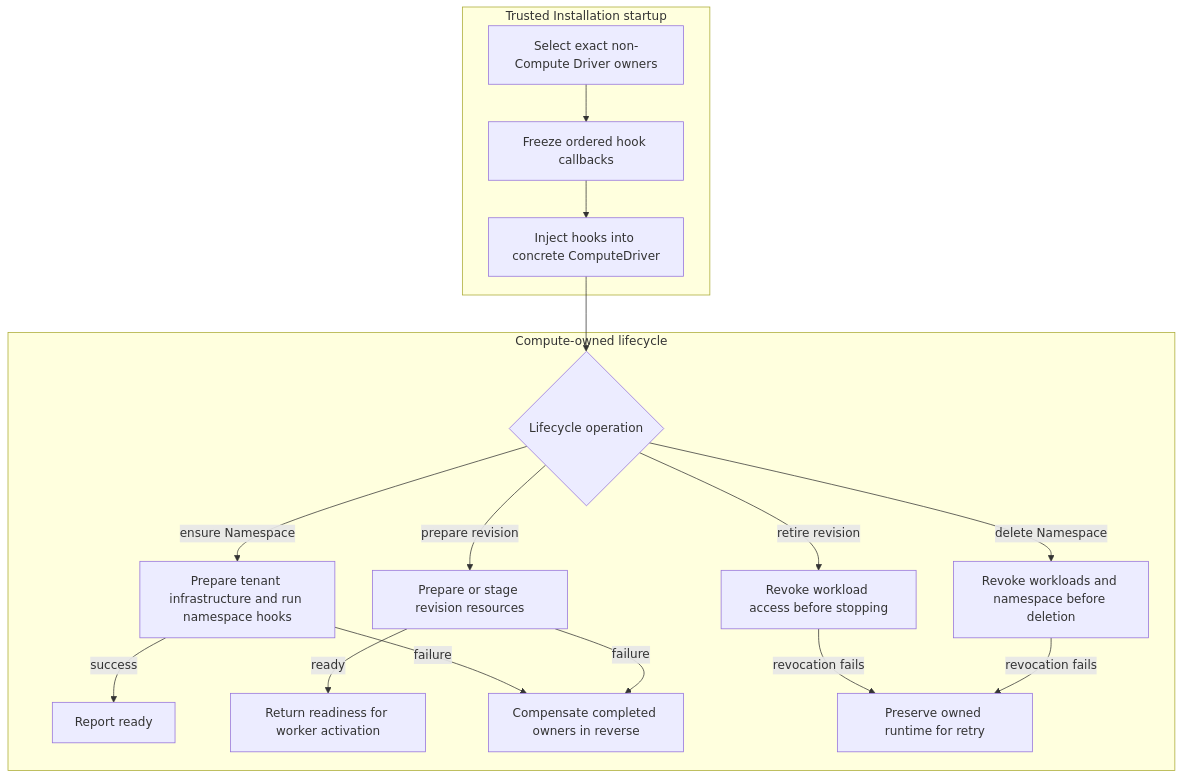
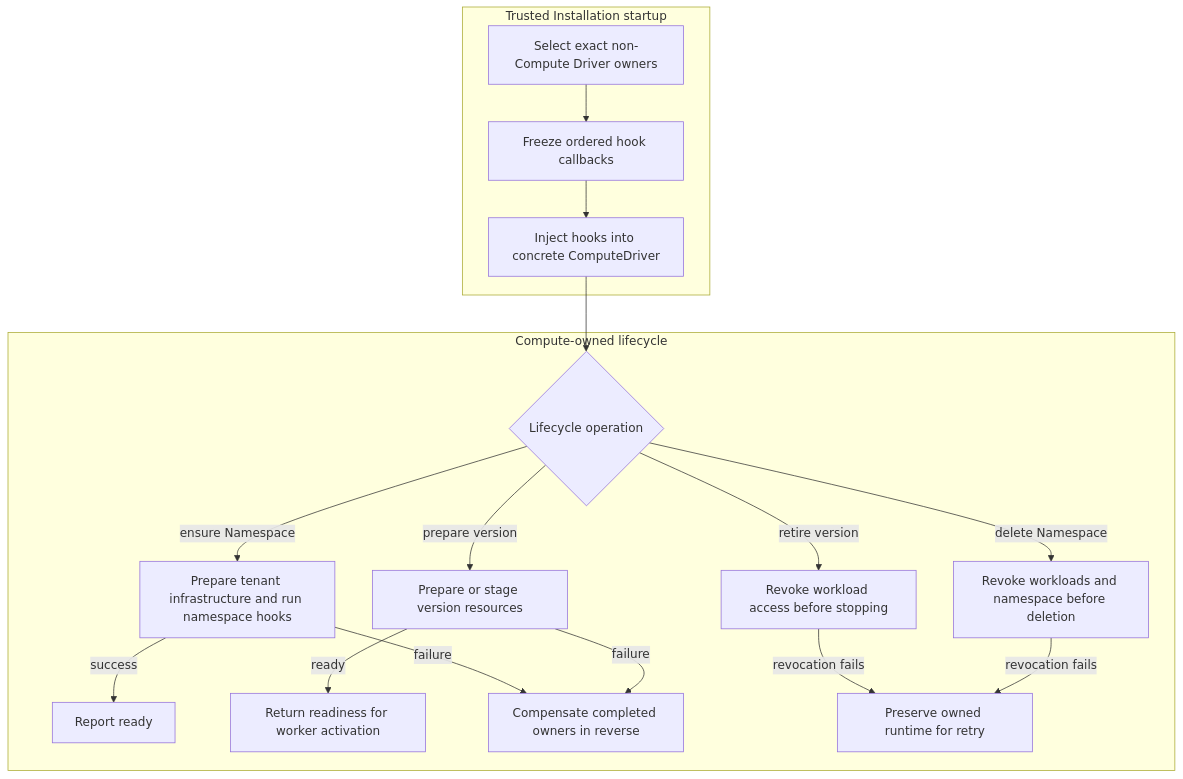
Before and after one commit to openclaw/openclaw-enterprise: the diagram in docs/flows/compute-driver-lifecycle-hooks.md, drawn with Mermaid. The commit also changed other lines of this file and 198 other files, not shown here.

````diff
--- a/docs/flows/compute-driver-lifecycle-hooks.md
+++ b/docs/flows/compute-driver-lifecycle-hooks.md
@@ -27,21 +27,21 @@
 ```mermaid
 graph TD
   subgraph Startup["Trusted Installation startup"]
     A["Select exact non-Compute Driver owners"] --> B["Freeze ordered hook callbacks"]
     B --> C["Inject hooks into concrete ComputeDriver"]
   end
 
   subgraph Lifecycle["Compute-owned lifecycle"]
     C --> D{"Lifecycle operation"}
     D -->|ensure Namespace| E["Prepare tenant infrastructure and run namespace hooks"]
-    D -->|prepare revision| F["Prepare or stage revision resources"]
-    D -->|retire revision| G["Revoke workload access before stopping"]
+    D -->|prepare version| F["Prepare or stage version resources"]
+    D -->|retire version| G["Revoke workload access before stopping"]
     D -->|delete Namespace| H["Revoke workloads and namespace before deletion"]
     E -->|success| I["Report ready"]
     F -->|ready| J["Return readiness for worker activation"]
     E -->|failure| K["Compensate completed owners in reverse"]
     F -->|failure| K
     G -->|revocation fails| L["Preserve owned runtime for retry"]
     H -->|revocation fails| L
   end
 ```
````
